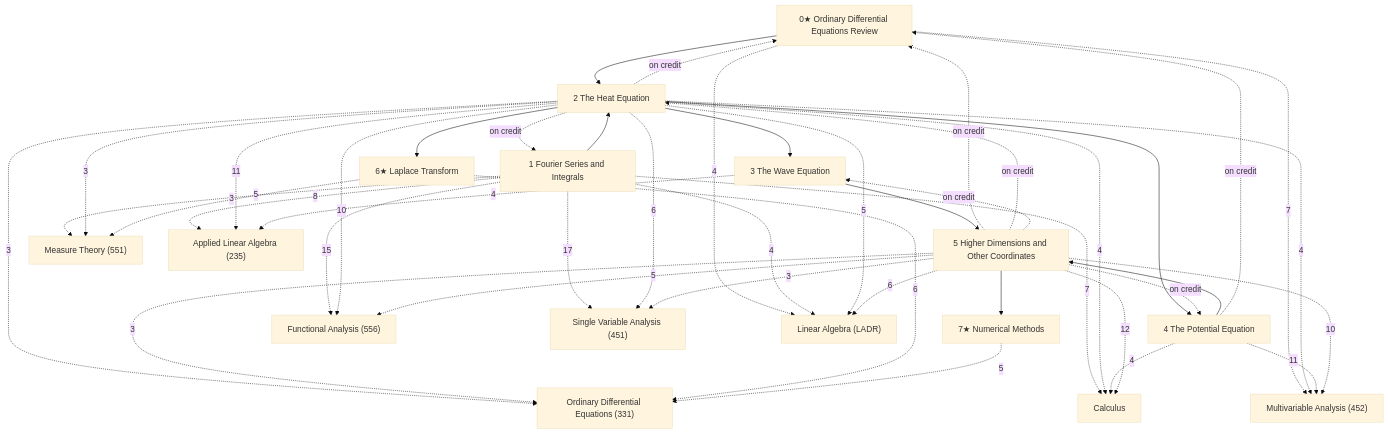
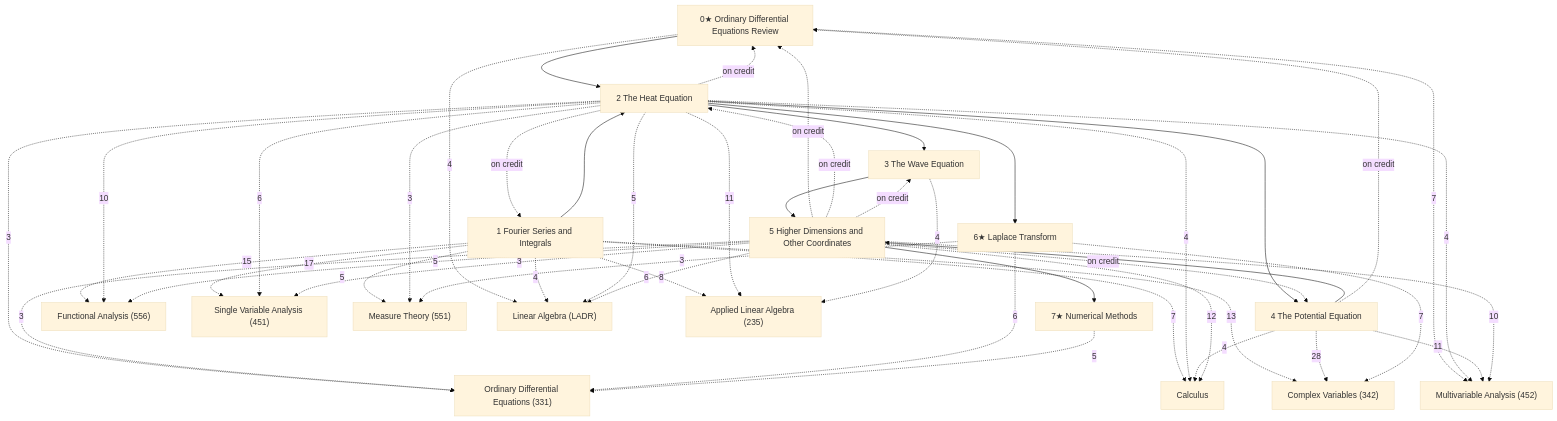
One commit to Onion20040508/notes changed the diagram in Applied Math/Fourier Series and PDEs/Fourier Series and PDEs.md. Above: the diagram before and after it, drawn with Mermaid (base theme). The commit also changed other lines of this file and 29 other files, not shown here.

````diff
--- a/Applied Math/Fourier Series and PDEs/Fourier Series and PDEs.md
+++ b/Applied Math/Fourier Series and PDEs/Fourier Series and PDEs.md
@@ -20,62 +20,66 @@
 ```mermaid
 graph TD
   C0["0★ Ordinary Differential Equations Review"]
   C1["1 Fourier Series and Integrals"]
   C2["2 The Heat Equation"]
   C3["3 The Wave Equation"]
   C4["4 The Potential Equation"]
   C5["5 Higher Dimensions and Other Coordinates"]
   C6["6★ Laplace Transform"]
   C7["7★ Numerical Methods"]
   X1["Functional Analysis (556)"]
   X2["Single Variable Analysis (451)"]
   X3["Measure Theory (551)"]
   X4["Multivariable Analysis (452)"]
   X5["Linear Algebra (LADR)"]
   X6["Applied Linear Algebra (235)"]
   X7["Ordinary Differential Equations (331)"]
   X8["Calculus"]
+  X10["Complex Variables (342)"]
   C0 --> C2
   C1 --> C2
   C2 --> C3
   C2 --> C4
   C2 --> C6
   C3 --> C5
   C4 --> C5
   C5 --> C7
   C2 -.->|on credit| C0
   C2 -.->|on credit| C1
   C4 -.->|on credit| C0
   C5 -.->|on credit| C0
   C5 -.->|on credit| C2
   C5 -.->|on credit| C3
   C5 -.->|on credit| C4
   C0 -.->|4| X5
   C0 -.->|7| X4
   C1 -.->|8| X6
   C1 -.->|7| X8
+  C1 -.->|13| X10
   C1 -.->|15| X1
   C1 -.->|4| X5
   C1 -.->|5| X3
   C1 -.->|17| X2
   C2 -.->|11| X6
   C2 -.->|4| X8
   C2 -.->|10| X1
   C2 -.->|5| X5
   C2 -.->|3| X3
   C2 -.->|4| X4
   C2 -.->|3| X7
   C2 -.->|6| X2
   C3 -.->|4| X6
   C4 -.->|4| X8
+  C4 -.->|28| X10
   C4 -.->|11| X4
   C5 -.->|12| X8
   C5 -.->|5| X1
   C5 -.->|6| X5
   C5 -.->|10| X4
   C5 -.->|3| X7
   C5 -.->|3| X2
+  C6 -.->|7| X10
   C6 -.->|3| X3
   C6 -.->|6| X7
   C7 -.->|5| X7
 ```
````
